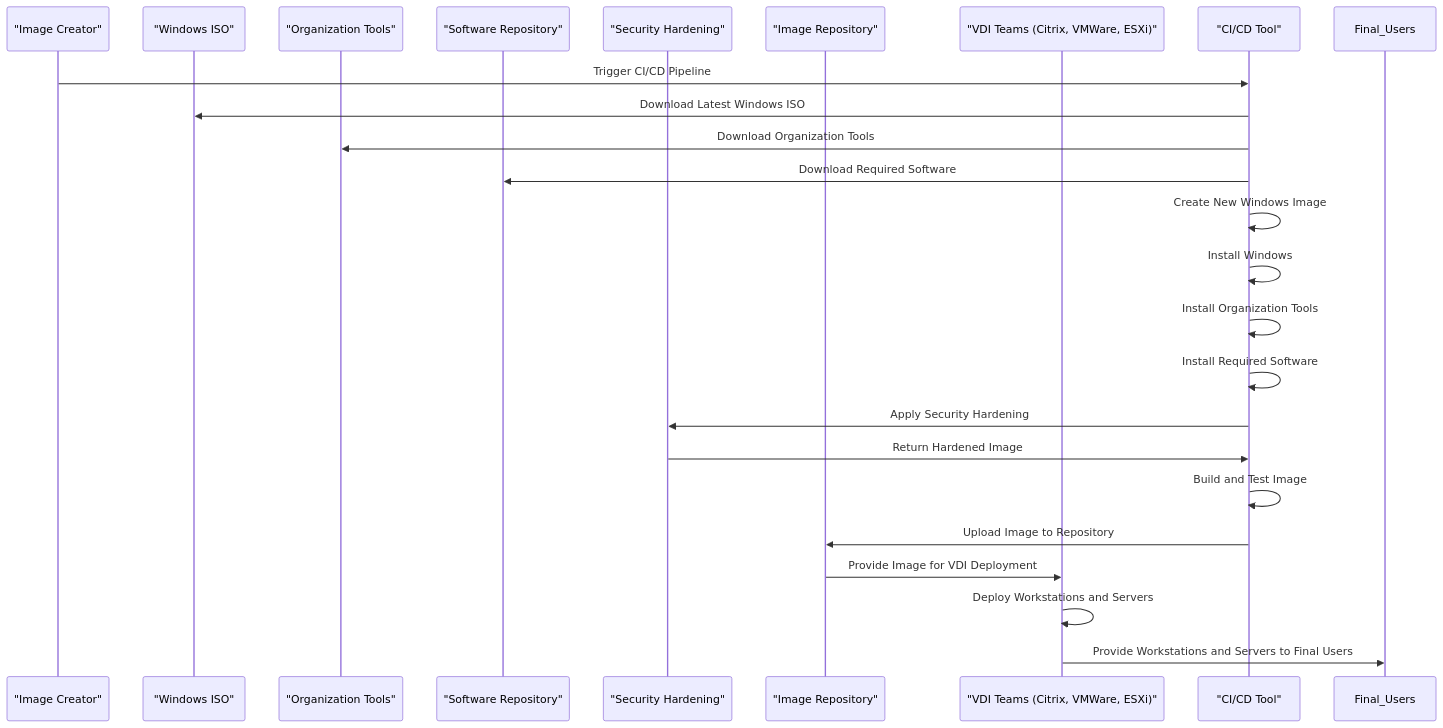
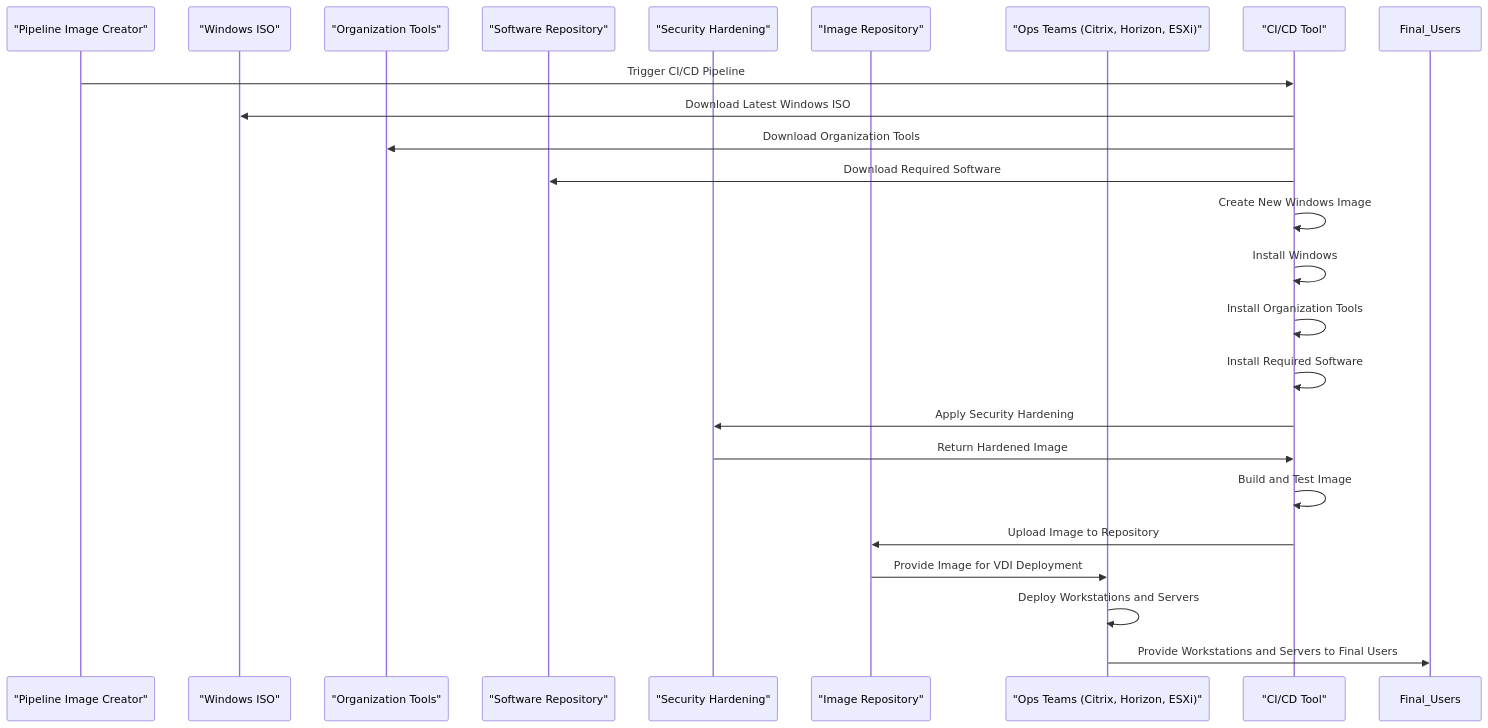
The diagram in README.md (alcortes01/windows-image-pipeline), drawn with Mermaid before and after one commit.

Commit message:
From VDI to Ops rename a stage

````diff
--- a/README.md
+++ b/README.md
@@ -4,32 +4,32 @@
 ```mermaid
 sequenceDiagram
-    participant Image_Creator as "Image Creator"
+    participant Image_Creator as "Pipeline Image Creator"
     participant Windows_ISO as "Windows ISO"
     participant Organization_Tools as "Organization Tools"
     participant Software_Repository as "Software Repository"
     participant Security_Hardening as "Security Hardening"
     participant Image_Repository as "Image Repository"
-    participant VDI_Teams as "VDI Teams (Citrix, VMWare, ESXi)"
+    participant VDI_Teams as "Ops Teams (Citrix, Horizon, ESXi)"
     participant CI_CD_Tool as "CI/CD Tool"
 
     Image_Creator->>CI_CD_Tool: Trigger CI/CD Pipeline
     CI_CD_Tool->>Windows_ISO: Download Latest Windows ISO
     CI_CD_Tool->>Organization_Tools: Download Organization Tools
     CI_CD_Tool->>Software_Repository: Download Required Software
 
     CI_CD_Tool->>CI_CD_Tool: Create New Windows Image
     CI_CD_Tool->>CI_CD_Tool: Install Windows
     CI_CD_Tool->>CI_CD_Tool: Install Organization Tools
     CI_CD_Tool->>CI_CD_Tool: Install Required Software
 
     CI_CD_Tool->>Security_Hardening: Apply Security Hardening
     Security_Hardening->>CI_CD_Tool: Return Hardened Image
 
     CI_CD_Tool->>CI_CD_Tool: Build and Test Image
     CI_CD_Tool->>Image_Repository: Upload Image to Repository
 
     Image_Repository->>VDI_Teams: Provide Image for VDI Deployment
 
     VDI_Teams->>VDI_Teams: Deploy Workstations and Servers
     VDI_Teams->>Final_Users: Provide Workstations and Servers to Final Users
 ```
````
